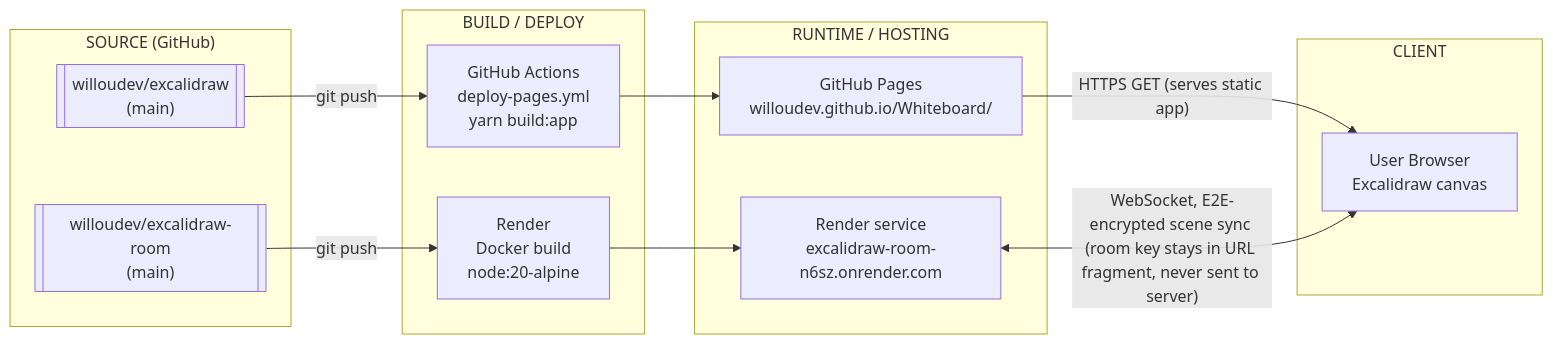
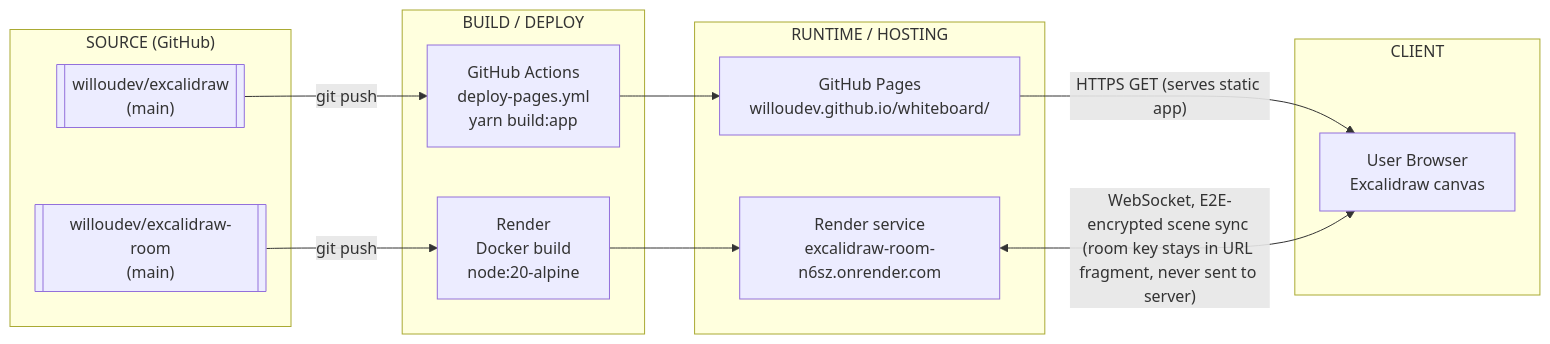
The diagram in README.md (willoudev/excalidraw), drawn with Mermaid before and after one commit. The commit also changed 1 other file, not shown here.

Commit message:
Fix base path casing to match renamed repo
GitHub renamed the repo to "whiteboard" (lowercase), but the Vite
base path was set to "/Whiteboard/". GitHub Pages asset paths are
case-sensitive, so this produced a blank page (all JS/CSS 404s).

Claude-Session: https://claude.ai/code/session_01HyJsJ9QNpwwyzP6NLGLTPz

````diff
--- a/README.md
+++ b/README.md
@@ -95,26 +95,26 @@
 ```mermaid
 flowchart LR
     subgraph SRC["SOURCE (GitHub)"]
         R1[["willoudev/excalidraw<br/>(main)"]]
         R2[["willoudev/excalidraw-room<br/>(main)"]]
     end
 
     subgraph BUILD["BUILD / DEPLOY"]
         GA["GitHub Actions<br/>deploy-pages.yml<br/>yarn build:app"]
         RB["Render<br/>Docker build<br/>node:20-alpine"]
     end
 
     subgraph RUNTIME["RUNTIME / HOSTING"]
-        GP["GitHub Pages<br/>willoudev.github.io/Whiteboard/"]
+        GP["GitHub Pages<br/>willoudev.github.io/whiteboard/"]
         RR["Render service<br/>excalidraw-room-n6sz.onrender.com"]
     end
 
     subgraph CLIENT["CLIENT"]
         U["User Browser<br/>Excalidraw canvas"]
     end
 
     R1 -- git push --> GA --> GP
     R2 -- git push --> RB --> RR
     GP -- "HTTPS GET (serves static app)" --> U
     RR <-- "WebSocket, E2E-encrypted scene sync (room key stays in URL fragment, never sent to server)" --> U
 ```
````
